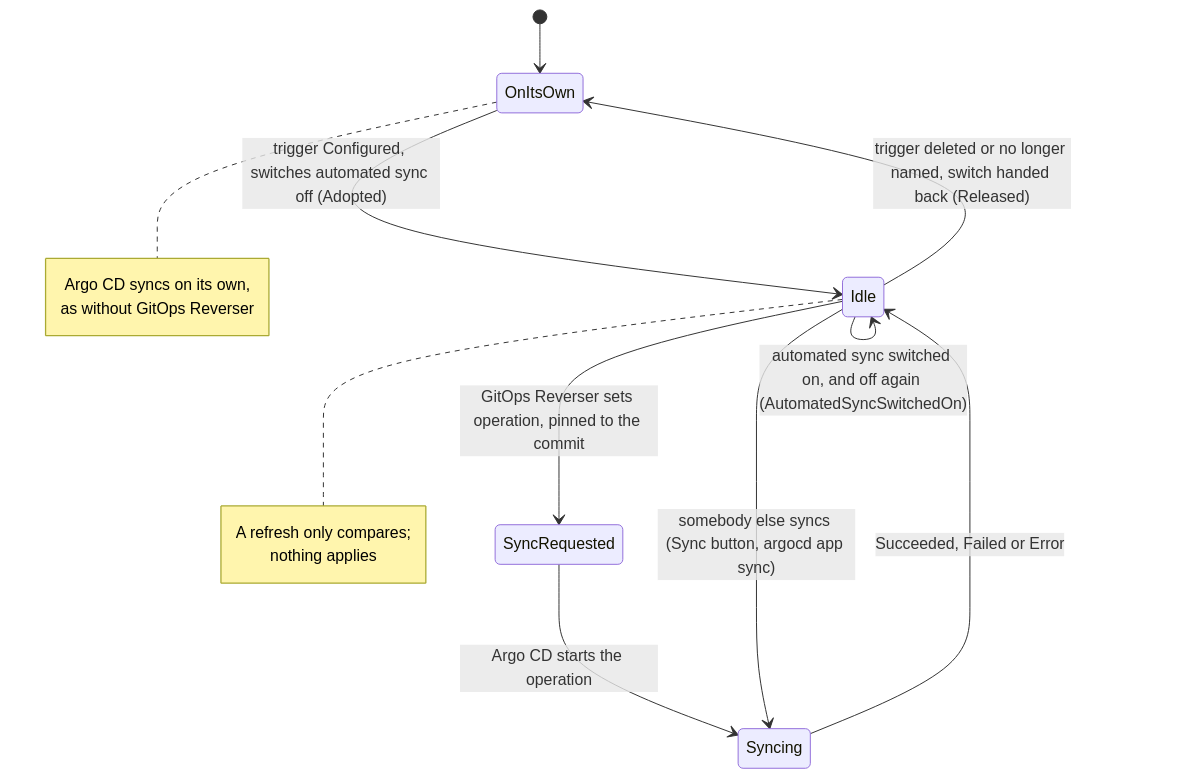
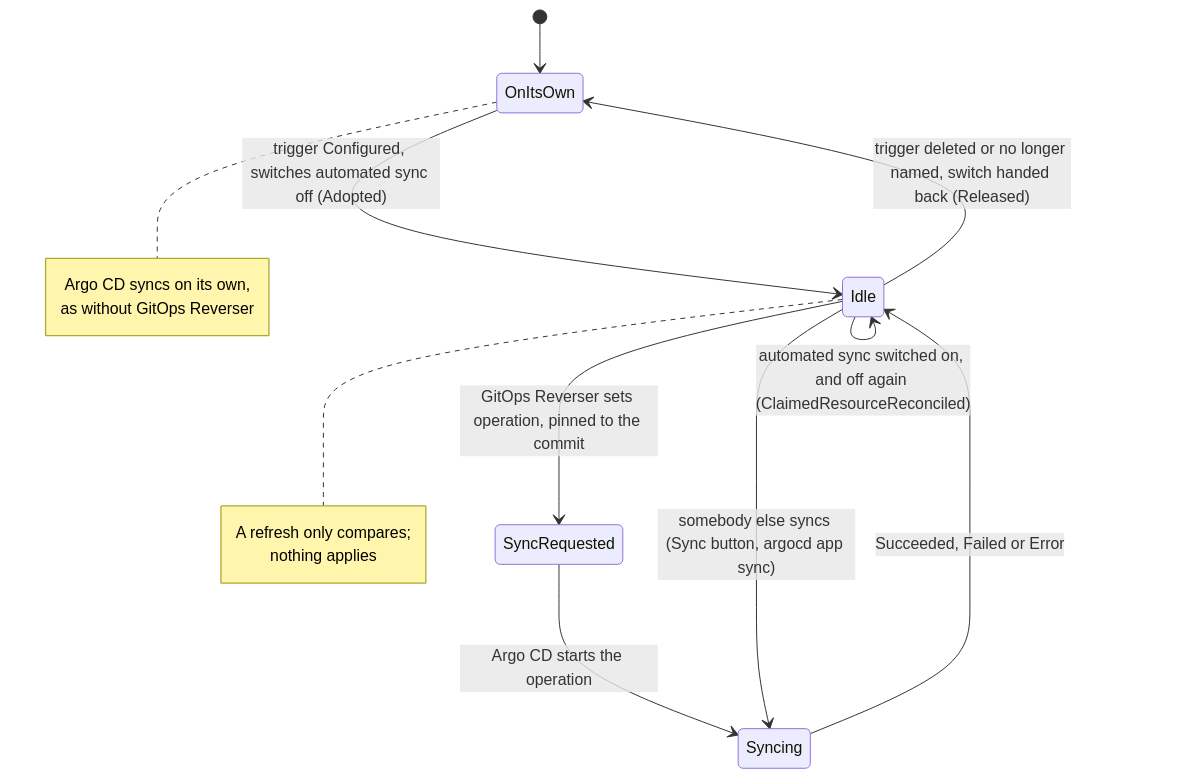
Before and after one commit to ConfigButler/gitops-reverser: the first of 2 diagrams in docs/bi-directional-argocd.md, drawn with Mermaid. The commit also changed other lines of this file and 22 other files, not shown here.

````diff
--- a/docs/bi-directional-argocd.md
+++ b/docs/bi-directional-argocd.md
@@ -278,20 +280,20 @@
 ```mermaid
 stateDiagram-v2
     [*] --> OnItsOwn
     OnItsOwn --> Idle: trigger Configured, switches automated sync off (Adopted)
     Idle --> SyncRequested: GitOps Reverser sets operation, pinned to the commit
     SyncRequested --> Syncing: Argo CD starts the operation
     Syncing --> Idle: Succeeded, Failed or Error
     Idle --> Syncing: somebody else syncs (Sync button, argocd app sync)
-    Idle --> Idle: automated sync switched on, and off again (AutomatedSyncSwitchedOn)
+    Idle --> Idle: automated sync switched on, and off again (ClaimedResourceReconciled)
     Idle --> OnItsOwn: trigger deleted or no longer named, switch handed back (Released)
 
     note right of OnItsOwn
         Argo CD syncs on its own,
         as without GitOps Reverser
     end note
     note right of Idle
         A refresh only compares;
         nothing applies
     end note
 ```
````
